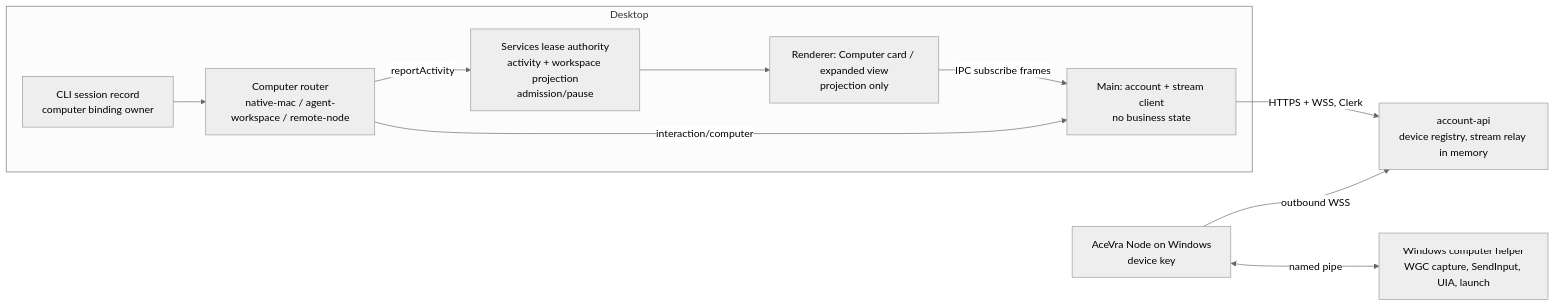
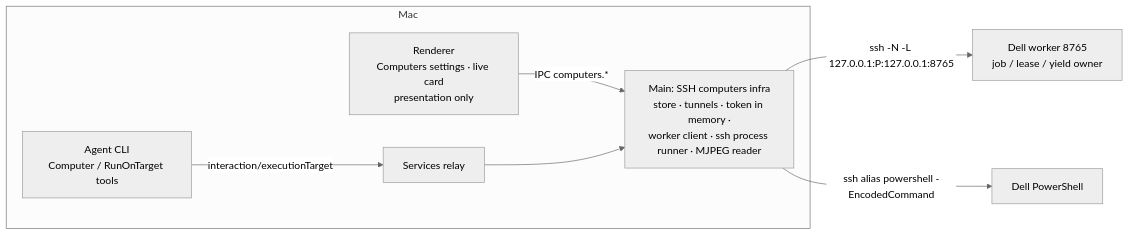
Before and after one commit to Ykkfelipe/AceVra: the first of 2 diagrams in packages/desktop/specs/acevra-agent-computer.md, drawn with Mermaid (neutral theme). The commit also changed other lines of this file, not shown here.

Commit message:
docs(spec): agent computer v2 — reuse the Dell worker over SSH

````diff
--- a/packages/desktop/specs/acevra-agent-computer.md
+++ b/packages/desktop/specs/acevra-agent-computer.md
@@ -178,13 +173,10 @@
 ```mermaid
 flowchart LR
-  subgraph Desktop
-    R[Renderer: Computer card / expanded view<br/>projection only] -->|IPC subscribe frames| M[Main: account + stream client<br/>no business state]
-    S[Services lease authority<br/>activity + workspace projection<br/>admission/pause] --> R
-    C[CLI session record<br/>computer binding owner] --> X[Computer router<br/>native-mac / agent-workspace / remote-node]
-    X -->|reportActivity| S
-    X -->|interaction/computer| M
+  subgraph Mac
+    R[Renderer<br/>Computers settings · live card<br/>presentation only] -- IPC computers.* --> M
+    CLI[Agent CLI<br/>Computer / RunOnTarget tools] -- interaction/executionTarget --> S[Services relay] --> M
+    M[Main: SSH computers infra<br/>store · tunnels · token in memory ·<br/>worker client · ssh process runner · MJPEG reader]
   end
-  M -->|HTTPS + WSS, Clerk| A[account-api<br/>device registry, stream relay in memory]
-  N[AceVra Node on Windows<br/>device key] -->|outbound WSS| A
-  N <-->|named pipe| H[Windows computer helper<br/>WGC capture, SendInput, UIA, launch]
+  M -- "ssh -N -L 127.0.0.1:P:127.0.0.1:8765" --> D[Dell worker 8765<br/>job / lease / yield owner]
+  M -- "ssh alias powershell -EncodedCommand" --> P[Dell PowerShell]
 ```
````
